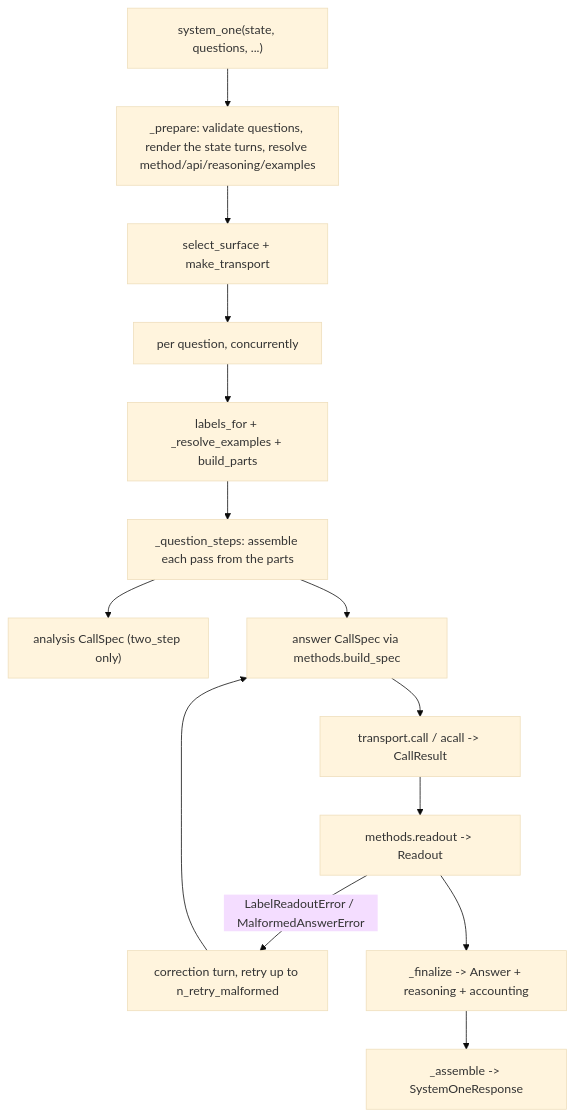
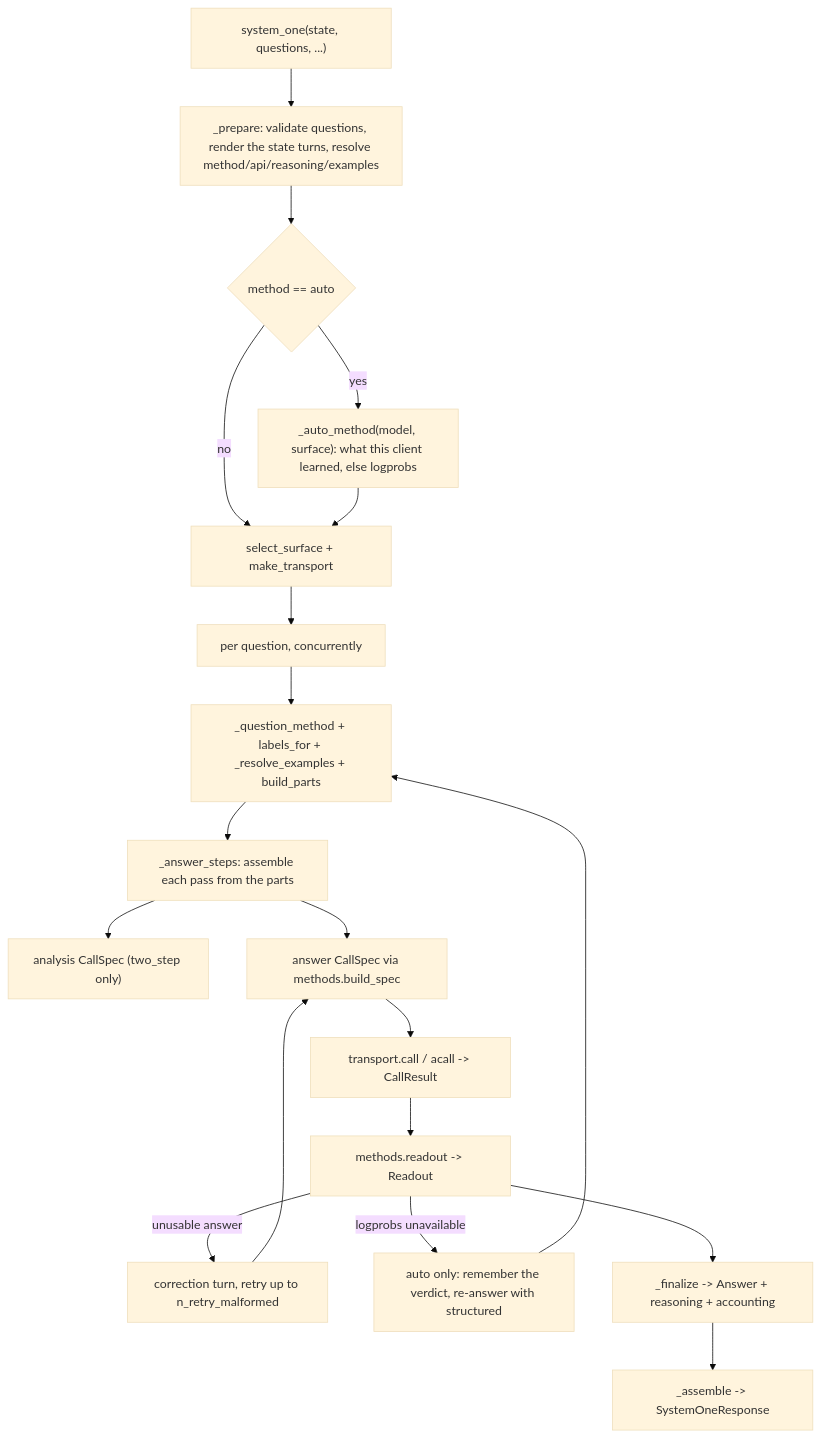
The diagram in docs/internals.md (zhulinchng/jevper), drawn with Mermaid (base theme) before and after one commit. The commit also changed other lines of this file and 12 other files, not shown here.

````diff
--- a/docs/internals.md
+++ b/docs/internals.md
@@ -26,16 +26,21 @@
 ```mermaid
 flowchart TD
     A["system_one(state, questions, ...)"] --> B["_prepare: validate questions, render the state turns, resolve method/api/reasoning/examples"]
-    B --> C["select_surface + make_transport"]
+    B --> B2{"method == auto"}
+    B2 -->|"yes"| B3["_auto_method(model, surface): what this client learned, else logprobs"]
+    B2 -->|"no"| C
+    B3 --> C["select_surface + make_transport"]
     C --> D["per question, concurrently"]
-    D --> E["labels_for + _resolve_examples + build_parts"]
-    E --> F["_question_steps: assemble each pass from the parts"]
+    D --> E["_question_method + labels_for + _resolve_examples + build_parts"]
+    E --> F["_answer_steps: assemble each pass from the parts"]
     F --> G["analysis CallSpec (two_step only)"]
     F --> H["answer CallSpec via methods.build_spec"]
     H --> I["transport.call / acall -> CallResult"]
     I --> J["methods.readout -> Readout"]
-    J -->|"LabelReadoutError / MalformedAnswerError"| K["correction turn, retry up to n_retry_malformed"]
+    J -->|"unusable answer"| K["correction turn, retry up to n_retry_malformed"]
     K --> H
+    J -->|"logprobs unavailable"| K2["auto only: remember the verdict, re-answer with structured"]
+    K2 --> E
     J --> L["_finalize -> Answer + reasoning + accounting"]
     L --> M["_assemble -> SystemOneResponse"]
 ```
````
